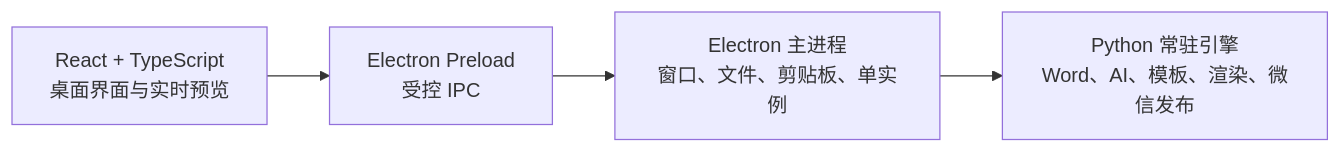
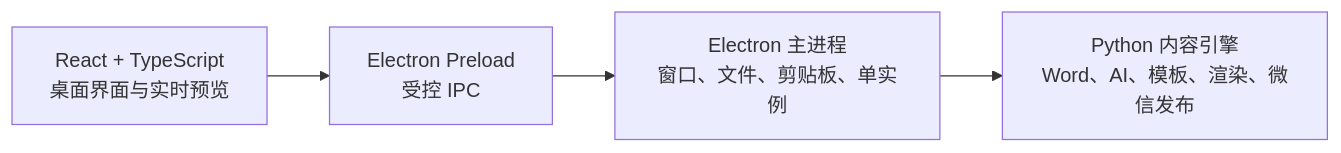
The second of 2 diagrams in README.md (XiuxianCoder/WenYing), drawn with Mermaid before and after one commit. The commit also changed other lines of this file, not shown here.

````diff
--- a/README.md
+++ b/README.md
@@ -110,6 +166,6 @@
 ```mermaid
 flowchart LR
     UI["React + TypeScript<br>桌面界面与实时预览"] --> IPC["Electron Preload<br>受控 IPC"]
     IPC --> MAIN["Electron 主进程<br>窗口、文件、剪贴板、单实例"]
-    MAIN --> PY["Python 常驻引擎<br>Word、AI、模板、渲染、微信发布"]
+    MAIN --> PY["Python 内容引擎<br>Word、AI、模板、渲染、微信发布"]
 ```
````
